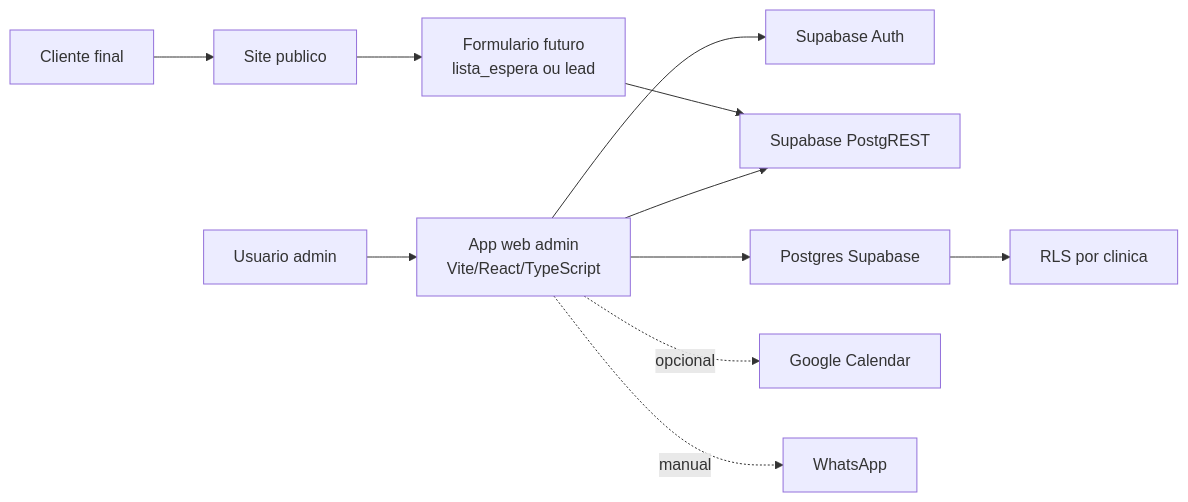
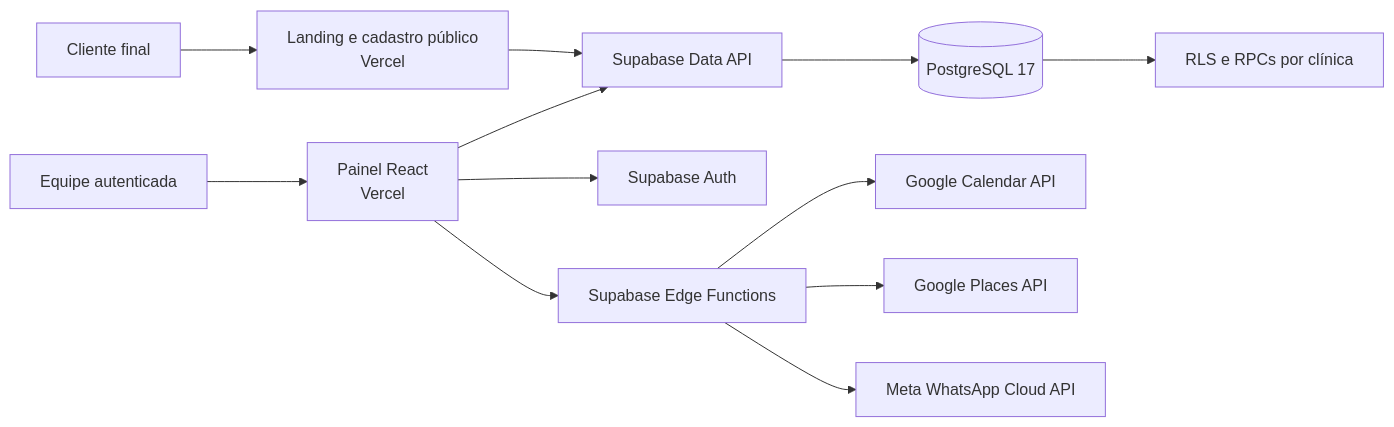
Before and after one commit to maiquelnet/clinicaestetica: the diagram in doc/arquitetura.md, drawn with Mermaid. The commit also changed other lines of this file and 19 other files, not shown here.

````diff
--- a/doc/arquitetura.md
+++ b/doc/arquitetura.md
@@ -110,17 +9,14 @@
 ```mermaid
 flowchart LR
-  U["Usuario admin"] --> WEB["App web admin\nVite/React/TypeScript"]
-  C["Cliente final"] --> SITE["Site publico"]
-
-  WEB --> AUTH["Supabase Auth"]
-  WEB --> API["Supabase PostgREST"]
-  WEB --> DB["Postgres Supabase"]
-
-  SITE --> WAIT["Formulario futuro\nlista_espera ou lead"]
-  WAIT --> API
-
-  DB --> RLS["RLS por clinica"]
-
-  WEB -. opcional .-> GCAL["Google Calendar"]
-  WEB -. manual .-> WA["WhatsApp"]
+  PUBLICO[Cliente final] --> SITE[Landing e cadastro público\nVercel]
+  EQUIPE[Equipe autenticada] --> SPA[Painel React\nVercel]
+  SITE --> DATA[Supabase Data API]
+  SPA --> AUTH[Supabase Auth]
+  SPA --> DATA
+  DATA --> DB[(PostgreSQL 17)]
+  DB --> RLS[RLS e RPCs por clínica]
+  SPA --> EDGE[Supabase Edge Functions]
+  EDGE --> GCAL[Google Calendar API]
+  EDGE --> PLACES[Google Places API]
+  EDGE --> META[Meta WhatsApp Cloud API]
 ```
````
